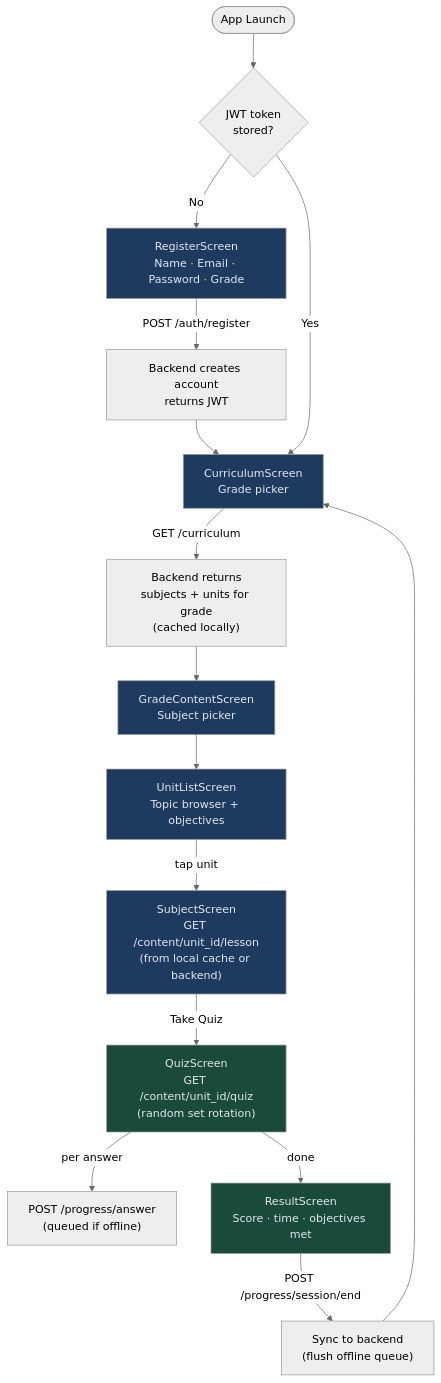
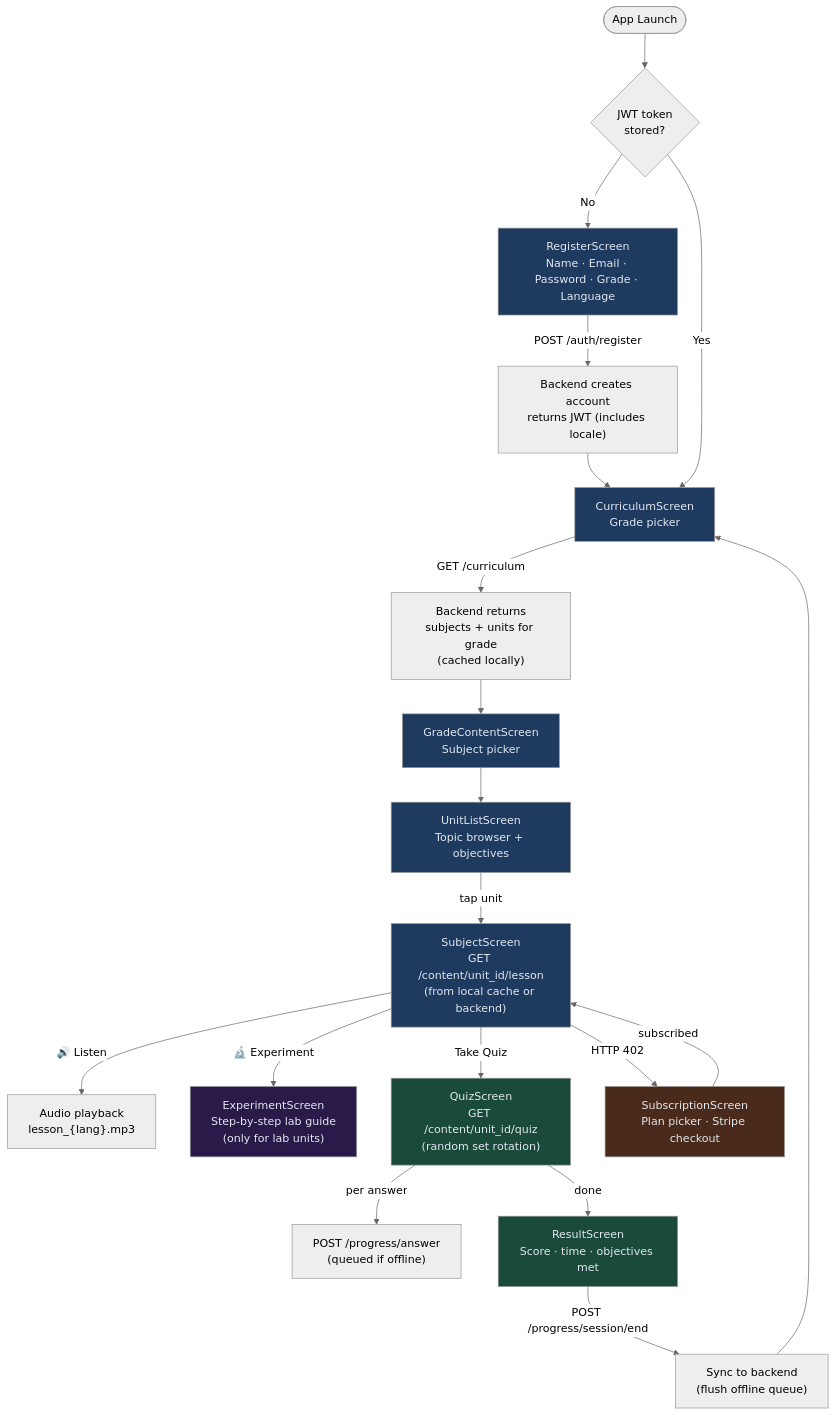
The fourth of 5 diagrams in ARCHITECTURE.md (wegofwd2020-hub/StudyBuddy_OnDemand), drawn with Mermaid (neutral theme) before and after one commit. The commit also changed other lines of this file and 2 other files, not shown here.

First line of the commit message:
Add subscription, multi-language, TTS, and experiment visualization to architecture

````diff
--- a/ARCHITECTURE.md
+++ b/ARCHITECTURE.md
@@ -102,40 +285,47 @@
 ```mermaid
 flowchart TD
     START([App Launch]) --> CHK{JWT token\nstored?}
     CHK -->|No| REG
 
-    REG["RegisterScreen\nName · Email · Password · Grade"]
-    REG -->|POST /auth/register| BE1["Backend creates account\nreturns JWT"]
+    REG["RegisterScreen\nName · Email · Password · Grade · Language"]
+    REG -->|POST /auth/register| BE1["Backend creates account\nreturns JWT (includes locale)"]
     BE1 --> HOME
 
     CHK -->|Yes| HOME
 
     HOME["CurriculumScreen\nGrade picker"]
     HOME -->|GET /curriculum| CURR["Backend returns\nsubjects + units for grade\n(cached locally)"]
     CURR --> GCS
 
     GCS["GradeContentScreen\nSubject picker"]
     GCS --> ULS
 
     ULS["UnitListScreen\nTopic browser + objectives"]
     ULS -->|tap unit| SS
 
     SS["SubjectScreen\nGET /content/unit_id/lesson\n(from local cache or backend)"]
+    SS -->|"🔊 Listen"| AUD["Audio playback\nlesson_{lang}.mp3"]
+    SS -->|"🔬 Experiment"| EXP["ExperimentScreen\nStep-by-step lab guide\n(only for lab units)"]
     SS -->|Take Quiz| QZ
 
     QZ["QuizScreen\nGET /content/unit_id/quiz\n(random set rotation)"]
     QZ -->|per answer| LOG["POST /progress/answer\n(queued if offline)"]
     QZ -->|done| RES
 
     RES["ResultScreen\nScore · time · objectives met"]
     RES -->|POST /progress/session/end| SYNC["Sync to backend\n(flush offline queue)"]
     SYNC --> HOME
 
+    SS -->|HTTP 402| SUBSC["SubscriptionScreen\nPlan picker · Stripe checkout"]
+    SUBSC -->|subscribed| SS
+
     style REG fill:#1e3a5f,color:#e2e8f0
     style HOME fill:#1e3a5f,color:#e2e8f0
     style GCS fill:#1e3a5f,color:#e2e8f0
     style ULS fill:#1e3a5f,color:#e2e8f0
     style SS fill:#1e3a5f,color:#e2e8f0
     style QZ fill:#1a4a3a,color:#e2e8f0
     style RES fill:#1a4a3a,color:#e2e8f0
+    style SUBSC fill:#4a2a1a,color:#e2e8f0
+    style EXP fill:#2a1a4a,color:#e2e8f0
 ```
````
